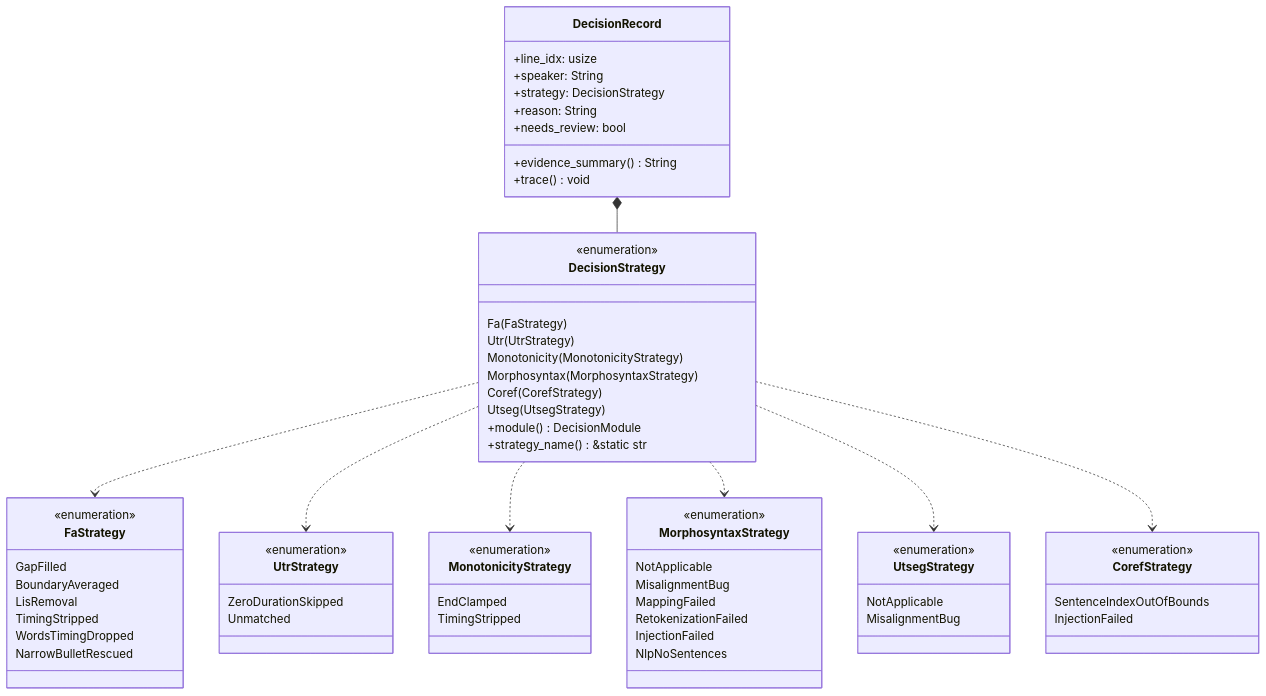
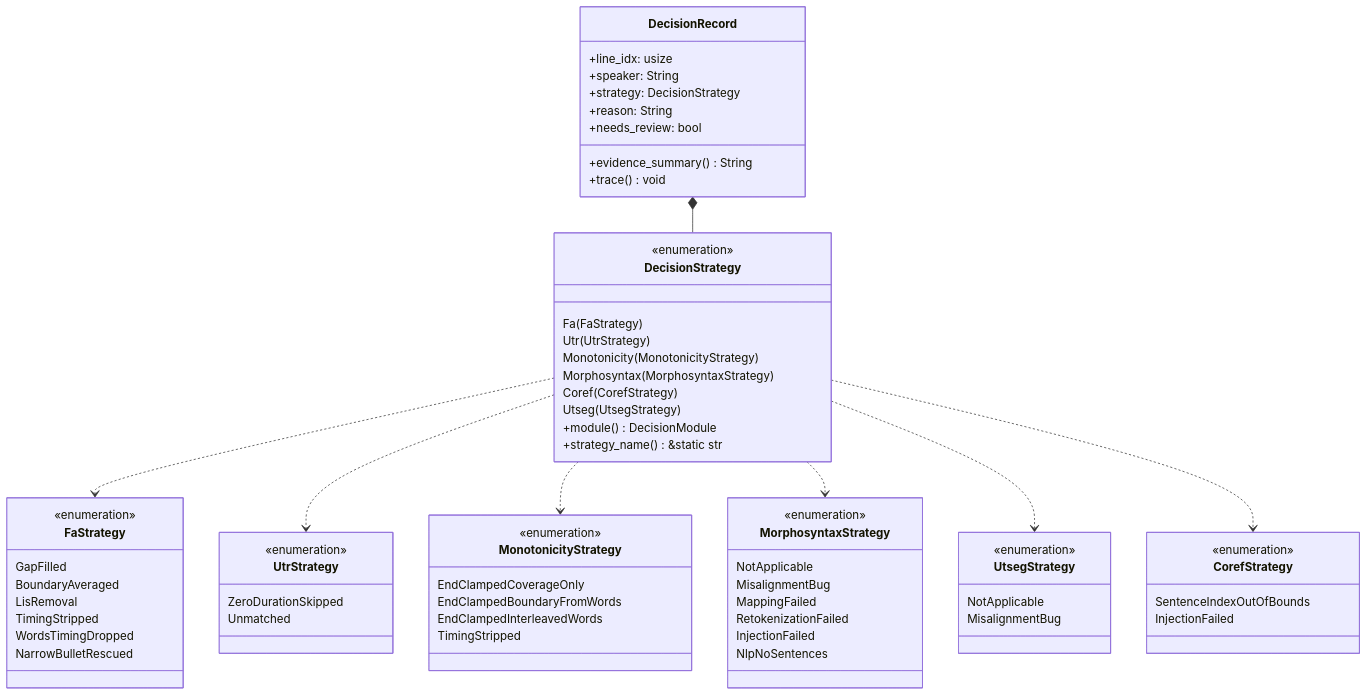
Before and after one commit to TalkBank/talkbank-tools: the seventh of 9 diagrams in book/src/batchalign/architecture/pipeline-decisions.md, drawn with Mermaid. The commit also changed other lines of this file and 25 other files, not shown here.

````diff
--- a/book/src/batchalign/architecture/pipeline-decisions.md
+++ b/book/src/batchalign/architecture/pipeline-decisions.md
@@ -294,68 +296,70 @@
 ```mermaid
 classDiagram
     class DecisionRecord {
         +line_idx: usize
         +speaker: String
         +strategy: DecisionStrategy
         +reason: String
         +needs_review: bool
         +evidence_summary() String
         +trace() void
     }
     class DecisionStrategy {
         <<enumeration>>
         Fa(FaStrategy)
         Utr(UtrStrategy)
         Monotonicity(MonotonicityStrategy)
         Morphosyntax(MorphosyntaxStrategy)
         Coref(CorefStrategy)
         Utseg(UtsegStrategy)
         +module() DecisionModule
         +strategy_name() &static str
     }
     class FaStrategy {
         <<enumeration>>
         GapFilled
         BoundaryAveraged
         LisRemoval
         TimingStripped
         WordsTimingDropped
         NarrowBulletRescued
     }
     class UtrStrategy {
         <<enumeration>>
         ZeroDurationSkipped
         Unmatched
     }
     class MonotonicityStrategy {
         <<enumeration>>
-        EndClamped
+        EndClampedCoverageOnly
+        EndClampedBoundaryFromWords
+        EndClampedInterleavedWords
         TimingStripped
     }
     class MorphosyntaxStrategy {
         <<enumeration>>
         NotApplicable
         MisalignmentBug
         MappingFailed
         RetokenizationFailed
         InjectionFailed
         NlpNoSentences
     }
     class UtsegStrategy {
         <<enumeration>>
         NotApplicable
         MisalignmentBug
     }
     class CorefStrategy {
         <<enumeration>>
         SentenceIndexOutOfBounds
         InjectionFailed
     }
     DecisionRecord *-- DecisionStrategy
     DecisionStrategy ..> FaStrategy
     DecisionStrategy ..> UtrStrategy
     DecisionStrategy ..> MonotonicityStrategy
     DecisionStrategy ..> MorphosyntaxStrategy
     DecisionStrategy ..> UtsegStrategy
     DecisionStrategy ..> CorefStrategy
 ```
````
